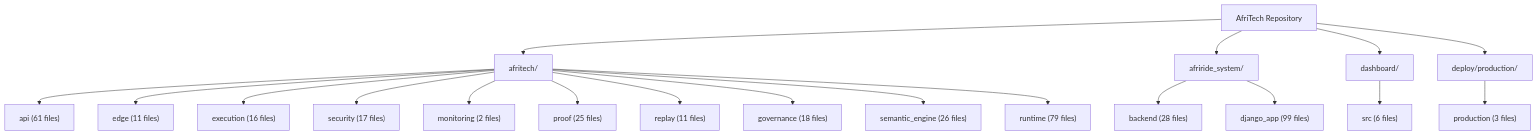
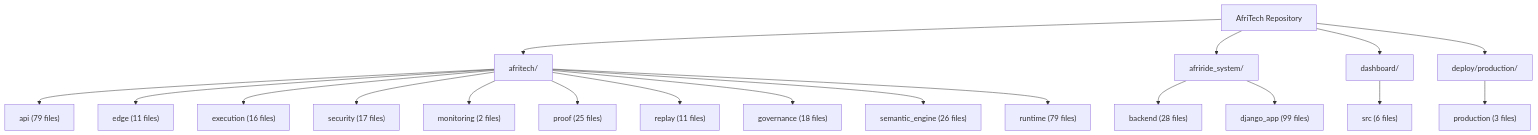
The second of 2 diagrams in docs/architecture/AFRITECH_FULL_ARCHITECTURE_GRAPH.md (Strelly2023/afritelematics), drawn with Mermaid before and after one commit. The commit also changed other lines of this file and 9 other files, not shown here.

````diff
--- a/docs/architecture/AFRITECH_FULL_ARCHITECTURE_GRAPH.md
+++ b/docs/architecture/AFRITECH_FULL_ARCHITECTURE_GRAPH.md
@@ -64,23 +64,23 @@
 ```mermaid
 flowchart TD
     Root["AfriTech Repository"] --> Core["afritech/"]
     Root --> Ride["afriride_system/"]
     Root --> Ui["dashboard/"]
     Root --> Deploy["deploy/production/"]
 
-    Core --> Api["api (61 files)"]
+    Core --> Api["api (79 files)"]
     Core --> Edge["edge (11 files)"]
     Core --> Execution["execution (16 files)"]
     Core --> Security["security (17 files)"]
     Core --> Monitoring["monitoring (2 files)"]
     Core --> Proof["proof (25 files)"]
     Core --> Replay["replay (11 files)"]
     Core --> Governance["governance (18 files)"]
     Core --> Semantic["semantic_engine (26 files)"]
     Core --> Runtime["runtime (79 files)"]
 
     Ride --> Backend["backend (28 files)"]
     Ride --> Django["django_app (99 files)"]
     Ui --> Dashboard["src (6 files)"]
     Deploy --> Production["production (3 files)"]
 ```
````
